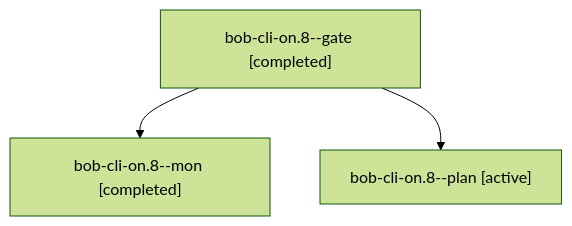
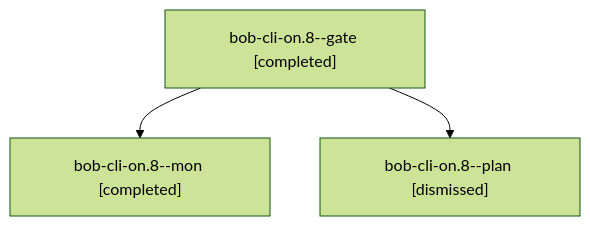
One commit to bobs-org/bob-cli--agents changed the diagram in sessions/bbugyi200.athena.bob-cli-on.8.md. Above: the diagram before and after it, drawn with Mermaid (forest theme). The commit also changed other lines of this file and 184 other files, not shown here.

````diff
--- a/sessions/bbugyi200.athena.bob-cli-on.8.md
+++ b/sessions/bbugyi200.athena.bob-cli-on.8.md
@@ -9,8 +9,8 @@
 ```mermaid
 flowchart TD
   n0["bob-cli-on.8--gate [completed]"]
   n1["bob-cli-on.8--mon [completed]"]
   n0 --> n1
-  n2["bob-cli-on.8--plan [active]"]
+  n2["bob-cli-on.8--plan [dismissed]"]
   n0 --> n2
 ```
````
